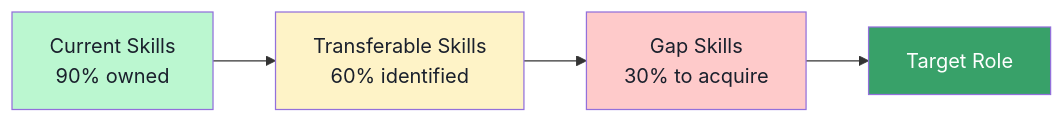
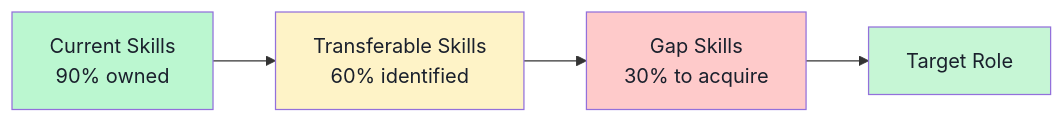
One commit to moltbot47/agentic-ai-course changed the fourth of 5 diagrams in module-2-professional-development/curriculum.md. Above: the diagram before and after it, drawn with Mermaid. The commit also changed 9 other files, not shown here.

First line of the commit message:
Fix all mermaid boxes to use light fills with dark text

````diff
--- a/module-2-professional-development/curriculum.md
+++ b/module-2-professional-development/curriculum.md
@@ -251,10 +251,10 @@
 ```mermaid
 flowchart LR
     A["Current Skills\n90% owned"] --> B["Transferable Skills\n60% identified"]
     B --> C["Gap Skills\n30% to acquire"]
     C --> D["Target Role"]
     style A fill:#bbf7d0,color:#1a202c
     style B fill:#fef3c7,color:#1a202c
     style C fill:#fecaca,color:#1a202c
-    style D fill:#38a169,color:#fff
+    style D fill:#c6f6d5,color:#1a202c
 ```
````
